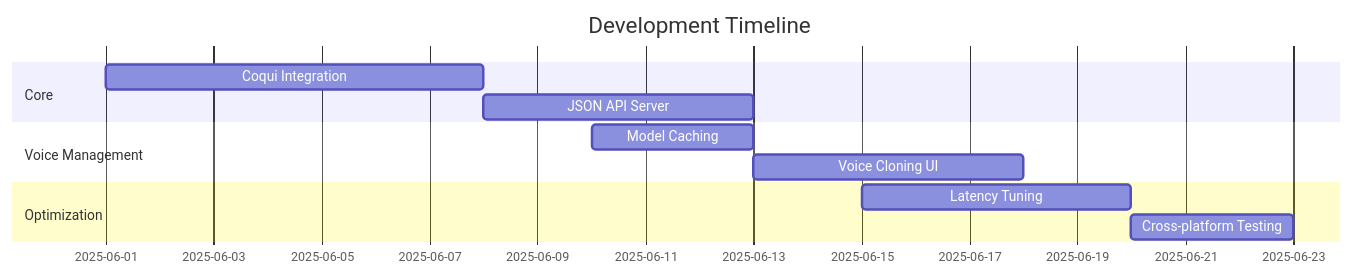
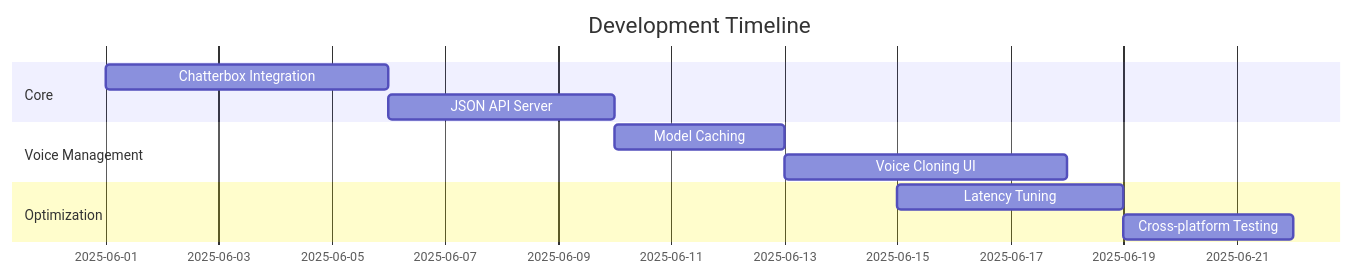
Before and after one commit to CodeCraftersLLC/local-voice-mcp: the second of 2 diagrams in .project/feat/mvp/prd.md, drawn with Mermaid. The commit also changed other lines of this file and 5 other files, not shown here.

Commit message:
feat: use chatterbox instead of coqui for audio generation

````diff
--- a/.project/feat/mvp/prd.md
+++ b/.project/feat/mvp/prd.md
@@ -69,14 +68,14 @@
 ```mermaid
 gantt
     title Development Timeline
     dateFormat  YYYY-MM-DD
     section Core
-    Coqui Integration       :2025-06-01, 7d
-    JSON API Server         :2025-06-08, 5d
+    Chatterbox Integration  :2025-06-01, 5d
+    JSON API Server         :2025-06-06, 4d
     section Voice Management
     Model Caching           :2025-06-10, 3d
     Voice Cloning UI        :2025-06-13, 5d
     section Optimization
-    Latency Tuning          :2025-06-15, 5d
-    Cross-platform Testing  :2025-06-20, 3d
+    Latency Tuning          :2025-06-15, 4d
+    Cross-platform Testing  :2025-06-19, 3d
 ```
````
